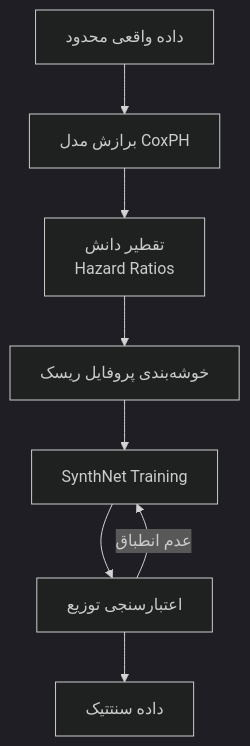
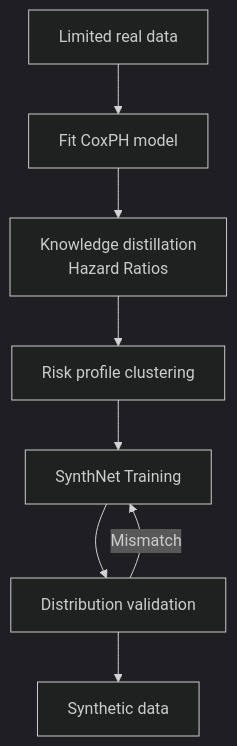
One commit to parsasohrab1/barekat-gen-therapy changed the fourth of 10 diagrams in docs/ARCHITECTURE.md. Above: the diagram before and after it, drawn with Mermaid (dark theme). The commit also changed other lines of this file and 21 other files, not shown here.

````diff
--- a/docs/ARCHITECTURE.md
+++ b/docs/ARCHITECTURE.md
@@ -225,10 +225,10 @@
 ```mermaid
 flowchart TD
-    RealData[داده واقعی محدود] --> CoxFit[برازش مدل CoxPH]
-    CoxFit --> Distill[تقطیر دانش<br/>Hazard Ratios]
-    Distill --> Cluster[خوشه‌بندی پروفایل ریسک]
+    RealData[Limited real data] --> CoxFit[Fit CoxPH model]
+    CoxFit --> Distill[Knowledge distillation<br/>Hazard Ratios]
+    Distill --> Cluster[Risk profile clustering]
     Cluster --> SynthNet[SynthNet Training]
-    SynthNet --> Validate[اعتبارسنجی توزیع]
-    Validate --> Synthetic[داده سنتتیک]
-    Validate -->|عدم انطباق| SynthNet
+    SynthNet --> Validate[Distribution validation]
+    Validate --> Synthetic[Synthetic data]
+    Validate -->|Mismatch| SynthNet
 ```
````
